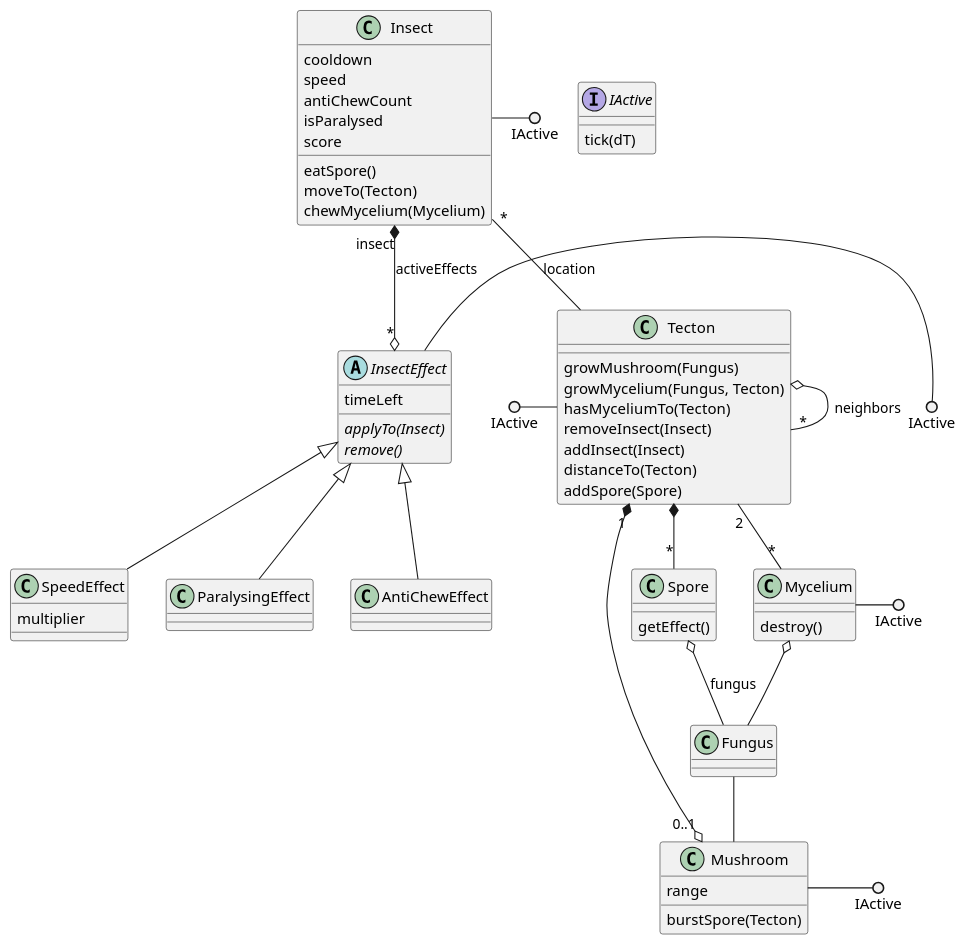
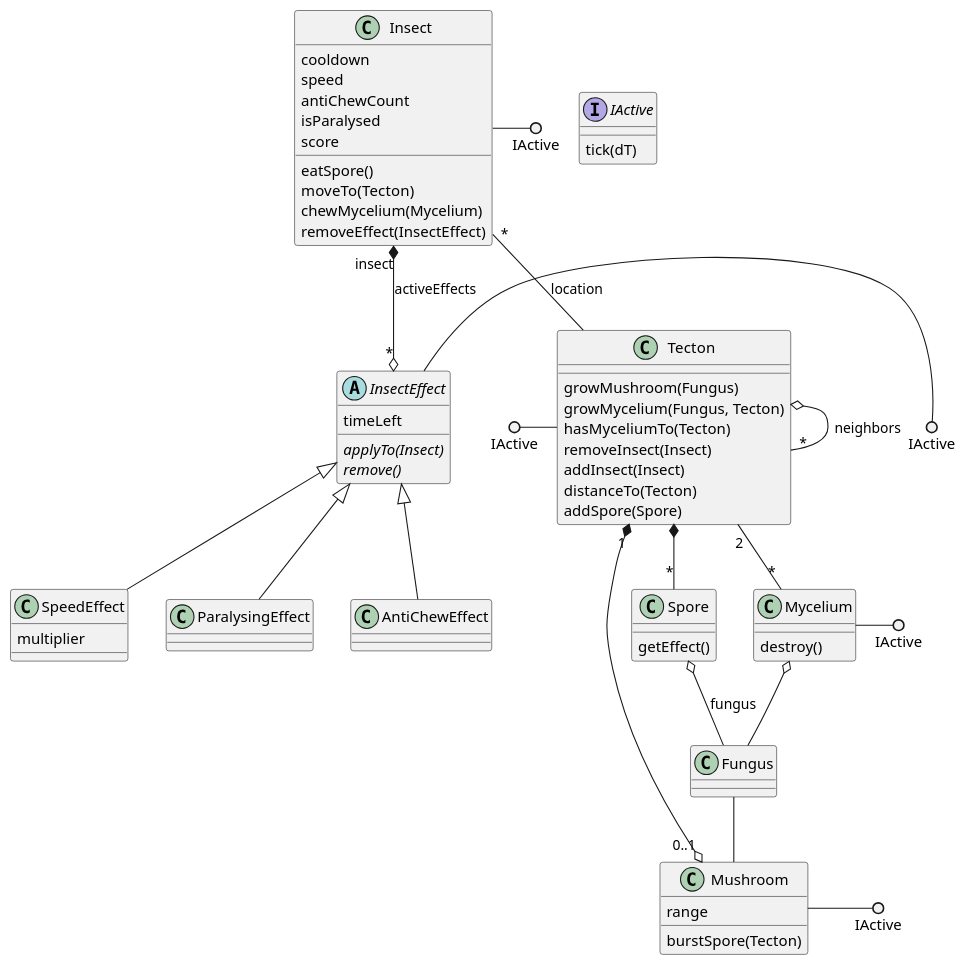
The diagram in classes.pu (ZD4ve/projlab-error521), drawn with PlantUML before and after one commit. The commit also changed 3 other files, not shown here.

```diff
--- a/classes.pu
+++ b/classes.pu
@@ -1,69 +1,70 @@
 @startuml classes
 interface IActive
 class Tecton
 together {
     class Fungus
     class Mycelium
     class Mushroom
     class Spore
 }
 together {
     class Insect
     abstract InsectEffect
     class SpeedEffect
     class ParalysingEffect
     class AntiChewEffect
 }
 
 IActive : tick(dT)
 
 IActive ()- Tecton
 IActive ()- Mushroom
 IActive ()- Mycelium
 IActive ()- Insect
 IActive ()- InsectEffect
 
 Tecton o-- "*" Tecton : neighbors
 Tecton "2" -- "*" Mycelium
 Tecton *-- "*" Spore
 Tecton "1" *--o "0..1" Mushroom
 Tecton : growMushroom(Fungus)
 Tecton : growMycelium(Fungus, Tecton)
 Tecton : hasMyceliumTo(Tecton)
 Tecton : removeInsect(Insect)
 Tecton : addInsect(Insect)
 Tecton : distanceTo(Tecton)
 Tecton : addSpore(Spore)
 
 Mushroom : burstSpore(Tecton)
 Mushroom : range
 
 Mycelium o-- Fungus
 Mycelium : destroy()
 
 Insect "insect" *--o "*" InsectEffect : activeEffects
 Insect "*" -- Tecton : location
 Insect : cooldown
 Insect : speed
 Insect : antiChewCount
 Insect : isParalysed
 Insect : score
 Insect : eatSpore()
 Insect : moveTo(Tecton)
 Insect : chewMycelium(Mycelium)
+Insect : removeEffect(InsectEffect)
 
 Spore o-- Fungus : fungus
 Spore : getEffect()
 
 InsectEffect : timeLeft
 InsectEffect : {abstract} applyTo(Insect)
 InsectEffect : {abstract} remove()
 
 InsectEffect <|-- SpeedEffect
 SpeedEffect : multiplier
 
 InsectEffect <|-- ParalysingEffect
 InsectEffect <|-- AntiChewEffect
 
 Fungus -- Mushroom
 @enduml
```
